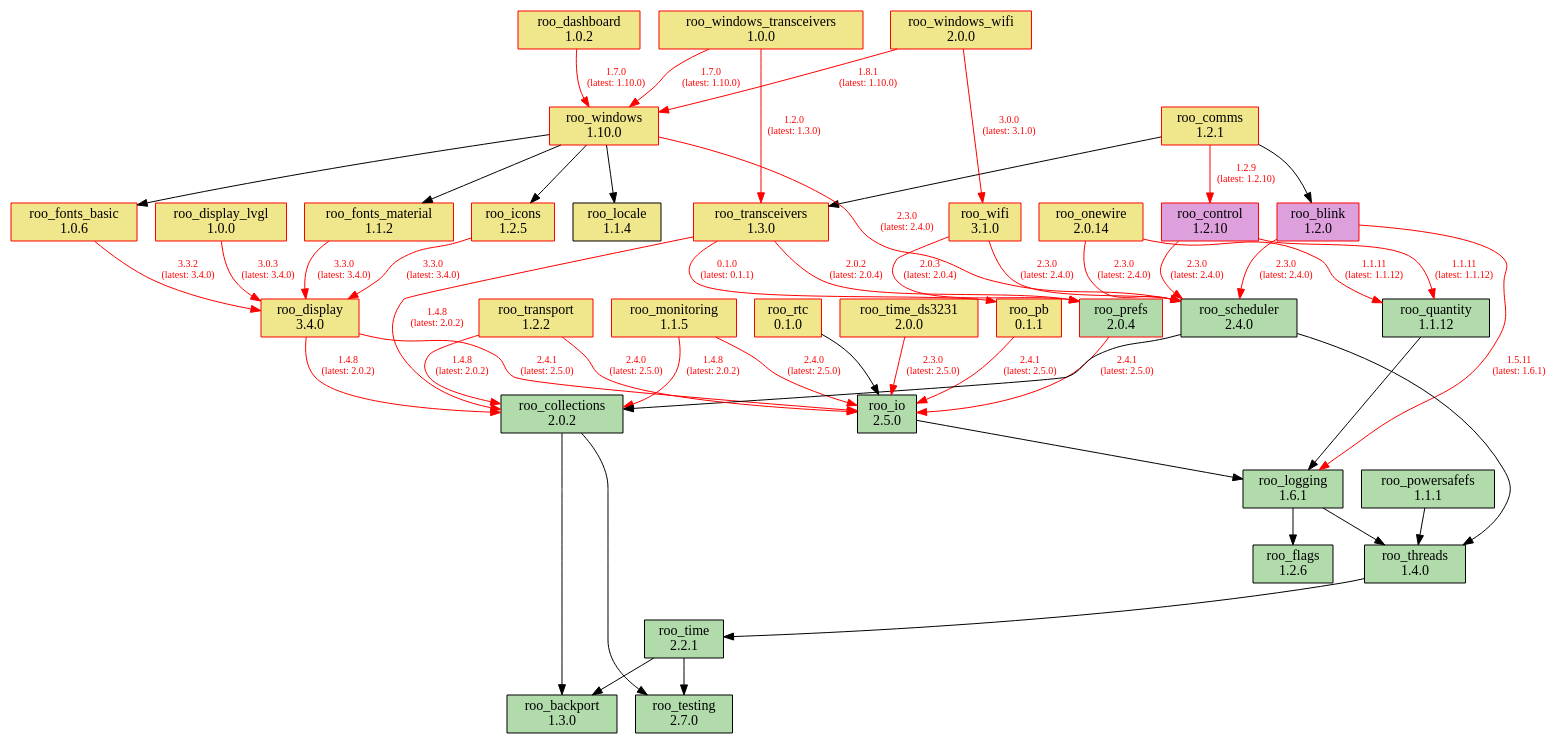
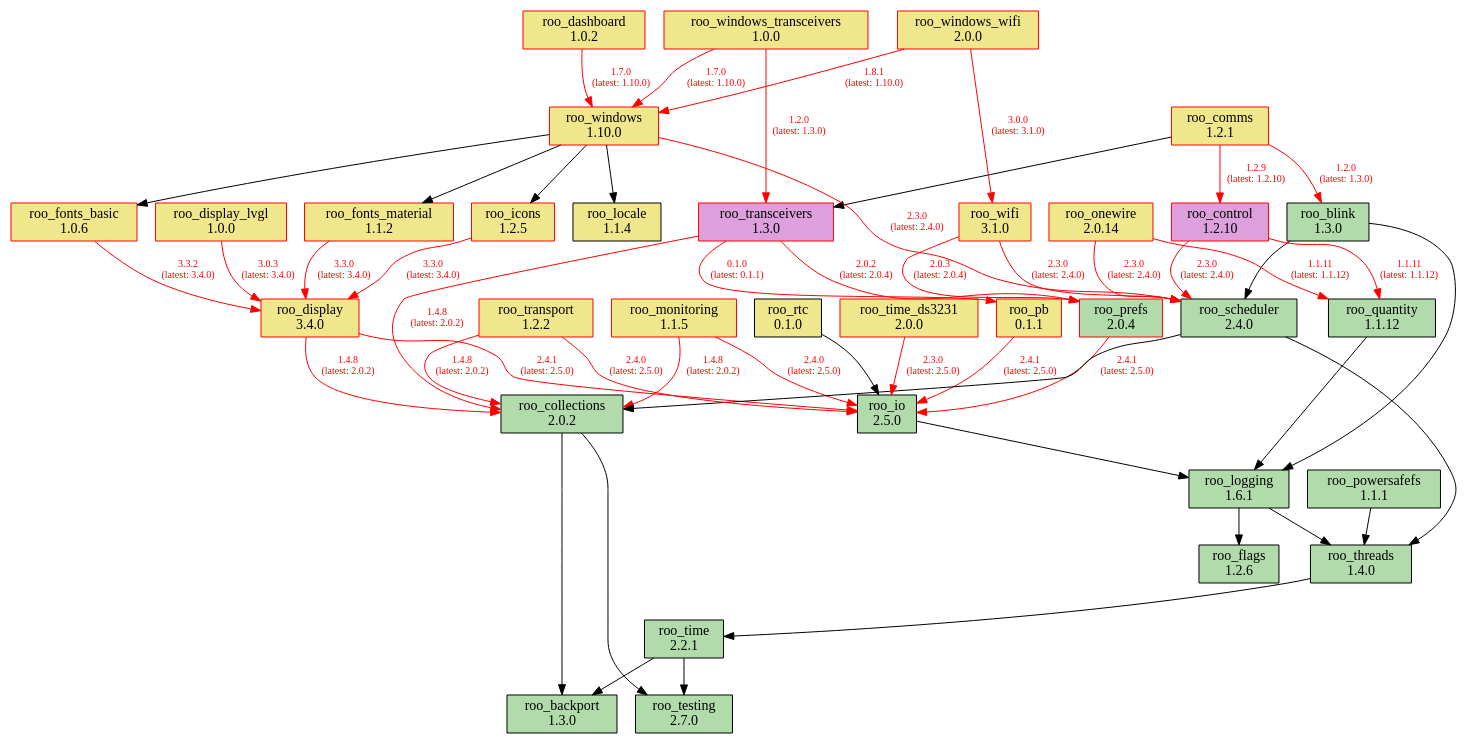
One commit to dejwk/roo-registry changed the diagram in doc/dependencies.dot. Above: the diagram before and after it, drawn with Graphviz. The commit also changed 3 other files, not shown here.

Commit message:
Added roo_blink 1.3.0 to the registry.

```diff
--- a/doc/dependencies.dot
+++ b/doc/dependencies.dot
@@ -1,92 +1,92 @@
 digraph dependencies {
     rankdir=TB;
     node [shape=box, style=filled];
     edge [fontsize=10];
 
     // Modules
     "roo_backport" [label="roo_backport\n1.3.0", fillcolor="#b1dbab", color="black"];
-    "roo_blink" [label="roo_blink\n1.2.0", fillcolor="plum", color="red"];
+    "roo_blink" [label="roo_blink\n1.3.0", fillcolor="#b1dbab", color="black"];
     "roo_collections" [label="roo_collections\n2.0.2", fillcolor="#b1dbab", color="black"];
     "roo_comms" [label="roo_comms\n1.2.1", fillcolor="khaki", color="red"];
     "roo_control" [label="roo_control\n1.2.10", fillcolor="plum", color="red"];
     "roo_dashboard" [label="roo_dashboard\n1.0.2", fillcolor="khaki", color="red"];
     "roo_display" [label="roo_display\n3.4.0", fillcolor="khaki", color="red"];
     "roo_display_lvgl" [label="roo_display_lvgl\n1.0.0", fillcolor="khaki", color="red"];
     "roo_flags" [label="roo_flags\n1.2.6", fillcolor="#b1dbab", color="black"];
     "roo_fonts_basic" [label="roo_fonts_basic\n1.0.6", fillcolor="khaki", color="red"];
     "roo_fonts_material" [label="roo_fonts_material\n1.1.2", fillcolor="khaki", color="red"];
     "roo_icons" [label="roo_icons\n1.2.5", fillcolor="khaki", color="red"];
     "roo_io" [label="roo_io\n2.5.0", fillcolor="#b1dbab", color="black"];
     "roo_locale" [label="roo_locale\n1.1.4", fillcolor="khaki", color="black"];
     "roo_logging" [label="roo_logging\n1.6.1", fillcolor="#b1dbab", color="black"];
     "roo_monitoring" [label="roo_monitoring\n1.1.5", fillcolor="khaki", color="red"];
     "roo_onewire" [label="roo_onewire\n2.0.14", fillcolor="khaki", color="red"];
     "roo_pb" [label="roo_pb\n0.1.1", fillcolor="khaki", color="red"];
     "roo_powersafefs" [label="roo_powersafefs\n1.1.1", fillcolor="#b1dbab", color="black"];
     "roo_prefs" [label="roo_prefs\n2.0.4", fillcolor="#b1dbab", color="red"];
     "roo_quantity" [label="roo_quantity\n1.1.12", fillcolor="#b1dbab", color="black"];
-    "roo_rtc" [label="roo_rtc\n0.1.0", fillcolor="khaki", color="red"];
+    "roo_rtc" [label="roo_rtc\n0.1.0", fillcolor="khaki", color="black"];
     "roo_scheduler" [label="roo_scheduler\n2.4.0", fillcolor="#b1dbab", color="black"];
     "roo_testing" [label="roo_testing\n2.7.0", fillcolor="#b1dbab", color="black"];
     "roo_threads" [label="roo_threads\n1.4.0", fillcolor="#b1dbab", color="black"];
     "roo_time" [label="roo_time\n2.2.1", fillcolor="#b1dbab", color="black"];
     "roo_time_ds3231" [label="roo_time_ds3231\n2.0.0", fillcolor="khaki", color="red"];
-    "roo_transceivers" [label="roo_transceivers\n1.3.0", fillcolor="khaki", color="red"];
+    "roo_transceivers" [label="roo_transceivers\n1.3.0", fillcolor="plum", color="red"];
     "roo_transport" [label="roo_transport\n1.2.2", fillcolor="khaki", color="red"];
     "roo_wifi" [label="roo_wifi\n3.1.0", fillcolor="khaki", color="red"];
     "roo_windows" [label="roo_windows\n1.10.0", fillcolor="khaki", color="red"];
     "roo_windows_transceivers" [label="roo_windows_transceivers\n1.0.0", fillcolor="khaki", color="red"];
     "roo_windows_wifi" [label="roo_windows_wifi\n2.0.0", fillcolor="khaki", color="red"];
 
     // Dependencies
-    "roo_blink" -> "roo_logging" [color=red, fontcolor=red, label="1.5.11\n(latest: 1.6.1)"];
-    "roo_blink" -> "roo_scheduler" [color=red, fontcolor=red, label="2.3.0\n(latest: 2.4.0)"];
+    "roo_blink" -> "roo_logging";
+    "roo_blink" -> "roo_scheduler";
     "roo_collections" -> "roo_testing";
     "roo_collections" -> "roo_backport";
-    "roo_comms" -> "roo_blink";
+    "roo_comms" -> "roo_blink" [color=red, fontcolor=red, label="1.2.0\n(latest: 1.3.0)"];
     "roo_comms" -> "roo_control" [color=red, fontcolor=red, label="1.2.9\n(latest: 1.2.10)"];
     "roo_comms" -> "roo_transceivers";
     "roo_control" -> "roo_quantity" [color=red, fontcolor=red, label="1.1.11\n(latest: 1.1.12)"];
     "roo_control" -> "roo_scheduler" [color=red, fontcolor=red, label="2.3.0\n(latest: 2.4.0)"];
     "roo_dashboard" -> "roo_windows" [color=red, fontcolor=red, label="1.7.0\n(latest: 1.10.0)"];
     "roo_display" -> "roo_collections" [color=red, fontcolor=red, label="1.4.8\n(latest: 2.0.2)"];
     "roo_display" -> "roo_io" [color=red, fontcolor=red, label="2.4.1\n(latest: 2.5.0)"];
     "roo_display_lvgl" -> "roo_display" [color=red, fontcolor=red, label="3.0.3\n(latest: 3.4.0)"];
     "roo_fonts_basic" -> "roo_display" [color=red, fontcolor=red, label="3.3.2\n(latest: 3.4.0)"];
     "roo_fonts_material" -> "roo_display" [color=red, fontcolor=red, label="3.3.0\n(latest: 3.4.0)"];
     "roo_icons" -> "roo_display" [color=red, fontcolor=red, label="3.3.0\n(latest: 3.4.0)"];
     "roo_io" -> "roo_logging";
     "roo_logging" -> "roo_flags";
     "roo_logging" -> "roo_threads";
     "roo_monitoring" -> "roo_collections" [color=red, fontcolor=red, label="1.4.8\n(latest: 2.0.2)"];
     "roo_monitoring" -> "roo_io" [color=red, fontcolor=red, label="2.4.0\n(latest: 2.5.0)"];
     "roo_onewire" -> "roo_scheduler" [color=red, fontcolor=red, label="2.3.0\n(latest: 2.4.0)"];
     "roo_onewire" -> "roo_quantity" [color=red, fontcolor=red, label="1.1.11\n(latest: 1.1.12)"];
     "roo_pb" -> "roo_io" [color=red, fontcolor=red, label="2.4.1\n(latest: 2.5.0)"];
     "roo_powersafefs" -> "roo_threads";
     "roo_prefs" -> "roo_io" [color=red, fontcolor=red, label="2.4.1\n(latest: 2.5.0)"];
     "roo_quantity" -> "roo_logging";
     "roo_rtc" -> "roo_io";
     "roo_scheduler" -> "roo_collections";
     "roo_scheduler" -> "roo_threads";
     "roo_threads" -> "roo_time";
     "roo_time" -> "roo_testing";
     "roo_time" -> "roo_backport";
     "roo_time_ds3231" -> "roo_io" [color=red, fontcolor=red, label="2.3.0\n(latest: 2.5.0)"];
     "roo_transceivers" -> "roo_pb" [color=red, fontcolor=red, label="0.1.0\n(latest: 0.1.1)"];
     "roo_transceivers" -> "roo_collections" [color=red, fontcolor=red, label="1.4.8\n(latest: 2.0.2)"];
     "roo_transceivers" -> "roo_prefs" [color=red, fontcolor=red, label="2.0.2\n(latest: 2.0.4)"];
     "roo_transport" -> "roo_collections" [color=red, fontcolor=red, label="1.4.8\n(latest: 2.0.2)"];
     "roo_transport" -> "roo_io" [color=red, fontcolor=red, label="2.4.0\n(latest: 2.5.0)"];
     "roo_wifi" -> "roo_prefs" [color=red, fontcolor=red, label="2.0.3\n(latest: 2.0.4)"];
     "roo_wifi" -> "roo_scheduler" [color=red, fontcolor=red, label="2.3.0\n(latest: 2.4.0)"];
     "roo_windows" -> "roo_fonts_basic";
     "roo_windows" -> "roo_fonts_material";
     "roo_windows" -> "roo_locale";
     "roo_windows" -> "roo_icons";
     "roo_windows" -> "roo_scheduler" [color=red, fontcolor=red, label="2.3.0\n(latest: 2.4.0)"];
     "roo_windows_transceivers" -> "roo_transceivers" [color=red, fontcolor=red, label="1.2.0\n(latest: 1.3.0)"];
     "roo_windows_transceivers" -> "roo_windows" [color=red, fontcolor=red, label="1.7.0\n(latest: 1.10.0)"];
     "roo_windows_wifi" -> "roo_wifi" [color=red, fontcolor=red, label="3.0.0\n(latest: 3.1.0)"];
     "roo_windows_wifi" -> "roo_windows" [color=red, fontcolor=red, label="1.8.1\n(latest: 1.10.0)"];
 }
```
